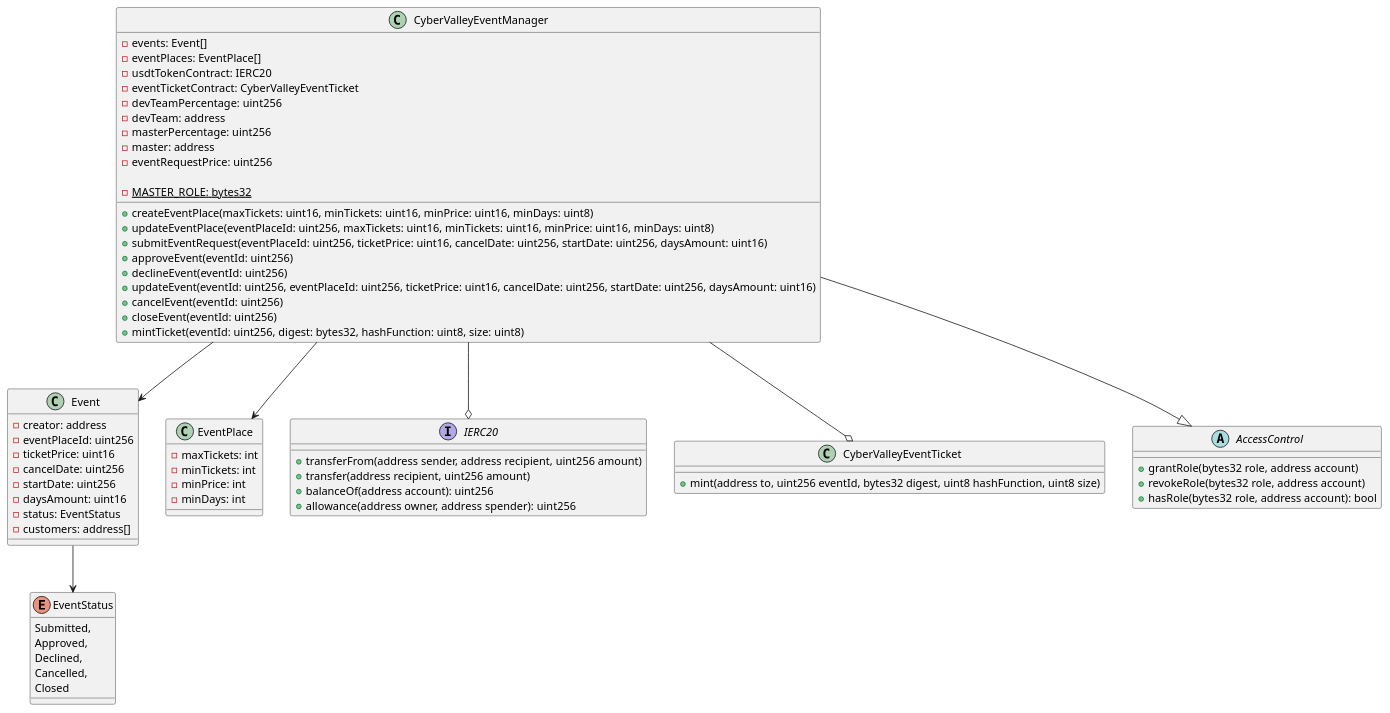
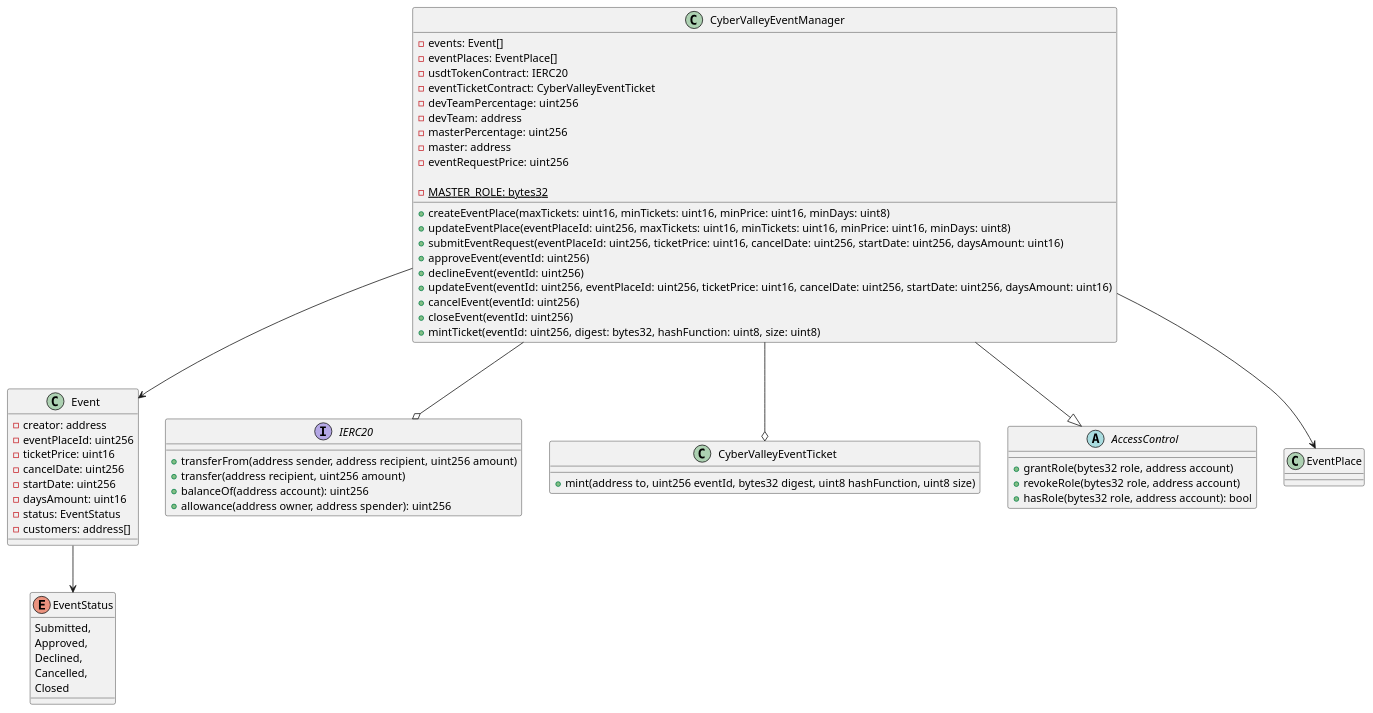
Before and after one commit to ai-shift/cyber-valley-tickets: diagram 19 of 26 in README.org, drawn with PlantUML. The commit also changed other lines of this file and 2 other files, not shown here.

Commit message:
add: Title to event place

```diff
--- a/README.org
+++ b/README.org
@@ -543,75 +544,68 @@
 #+begin_src plantuml :file ./img/event-manager.png
 class CyberValleyEventManager {
   - events: Event[]
   - eventPlaces: EventPlace[]
   - usdtTokenContract: IERC20
   - eventTicketContract: CyberValleyEventTicket
   - devTeamPercentage: uint256
   - devTeam: address
   - masterPercentage: uint256
   - master: address
   - eventRequestPrice: uint256
 
   - {static} MASTER_ROLE: bytes32
 
   + createEventPlace(maxTickets: uint16, minTickets: uint16, minPrice: uint16, minDays: uint8)
   + updateEventPlace(eventPlaceId: uint256, maxTickets: uint16, minTickets: uint16, minPrice: uint16, minDays: uint8)
   + submitEventRequest(eventPlaceId: uint256, ticketPrice: uint16, cancelDate: uint256, startDate: uint256, daysAmount: uint16)
   + approveEvent(eventId: uint256)
   + declineEvent(eventId: uint256)
   + updateEvent(eventId: uint256, eventPlaceId: uint256, ticketPrice: uint16, cancelDate: uint256, startDate: uint256, daysAmount: uint16)
   + cancelEvent(eventId: uint256)
   + closeEvent(eventId: uint256)
   + mintTicket(eventId: uint256, digest: bytes32, hashFunction: uint8, size: uint8)
 }
 
 class Event {
   - creator: address
   - eventPlaceId: uint256
   - ticketPrice: uint16
   - cancelDate: uint256
   - startDate: uint256
   - daysAmount: uint16
   - status: EventStatus
   - customers: address[]
 }
 
 enum EventStatus {
   Submitted,
   Approved,
   Declined,
   Cancelled,
   Closed
 }
 
-class EventPlace {
-  - maxTickets: int
-  - minTickets: int
-  - minPrice: int
-  - minDays: int
-}
-
 interface IERC20 {
   + transferFrom(address sender, address recipient, uint256 amount)
   + transfer(address recipient, uint256 amount)
   + balanceOf(address account): uint256
   + allowance(address owner, address spender): uint256
 }
 
 class CyberValleyEventTicket {
   + mint(address to, uint256 eventId, bytes32 digest, uint8 hashFunction, uint8 size)
 }
 
 abstract class AccessControl {
   + grantRole(bytes32 role, address account)
   + revokeRole(bytes32 role, address account)
   + hasRole(bytes32 role, address account): bool
 }
 
 CyberValleyEventManager --|> AccessControl
 CyberValleyEventManager --o IERC20
 CyberValleyEventManager --o CyberValleyEventTicket
 CyberValleyEventManager --> Event
 CyberValleyEventManager --> EventPlace
 Event --> EventStatus
 #+end_src
```
